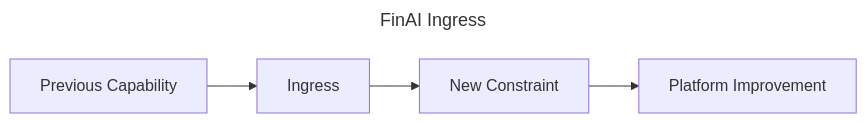
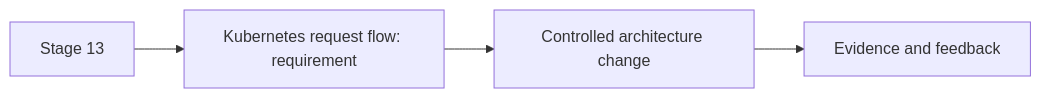
One commit to m1mohamad/devops-sre-prep changed diagram 14 of 30 in docs/journey/index.md. Above: the diagram before and after it, drawn with Mermaid. The commit also changed other lines of this file and 100 other files, not shown here.

````diff
--- a/docs/journey/index.md
+++ b/docs/journey/index.md
@@ -165,7 +282,6 @@
 ```mermaid
----
-title: FinAI Ingress
----
 flowchart LR
-  A[Previous Capability] --> B[Ingress] --> C[New Constraint] --> D[Platform Improvement]
+  S14[Stage 13] --> R14[Kubernetes request flow: requirement]
+  R14 --> C14[Controlled architecture change]
+  C14 --> E14[Evidence and feedback]
 ```
````
